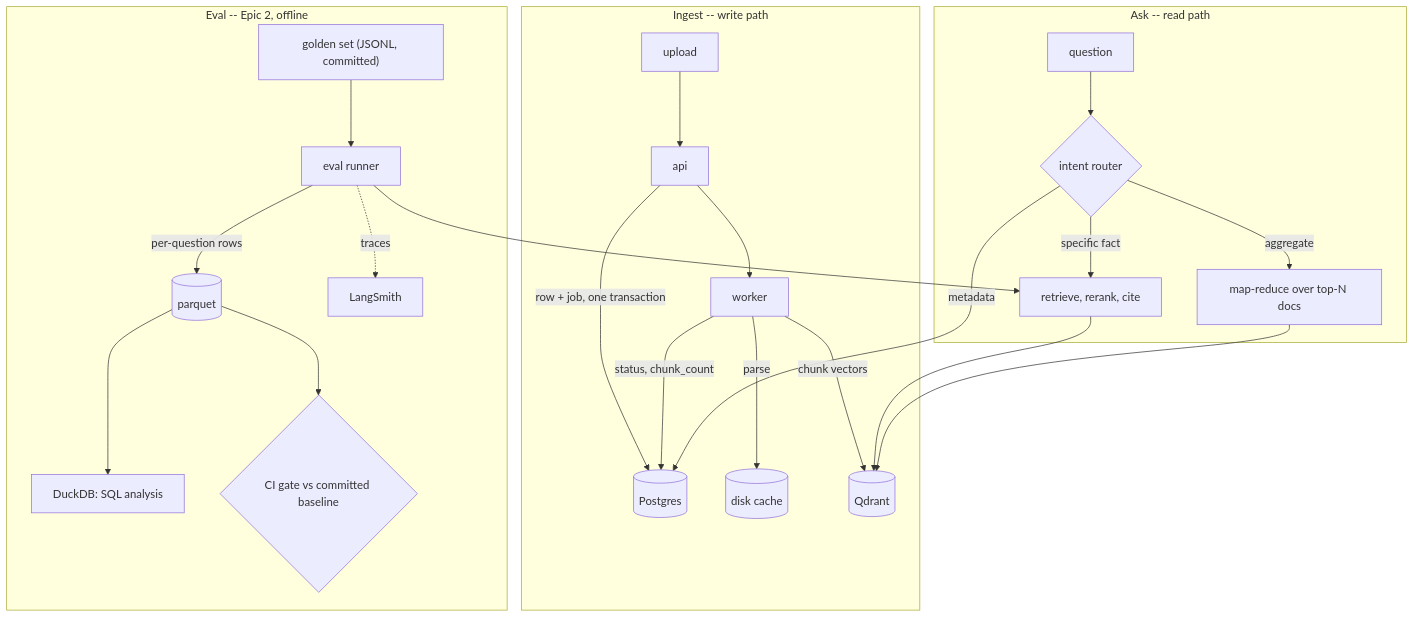
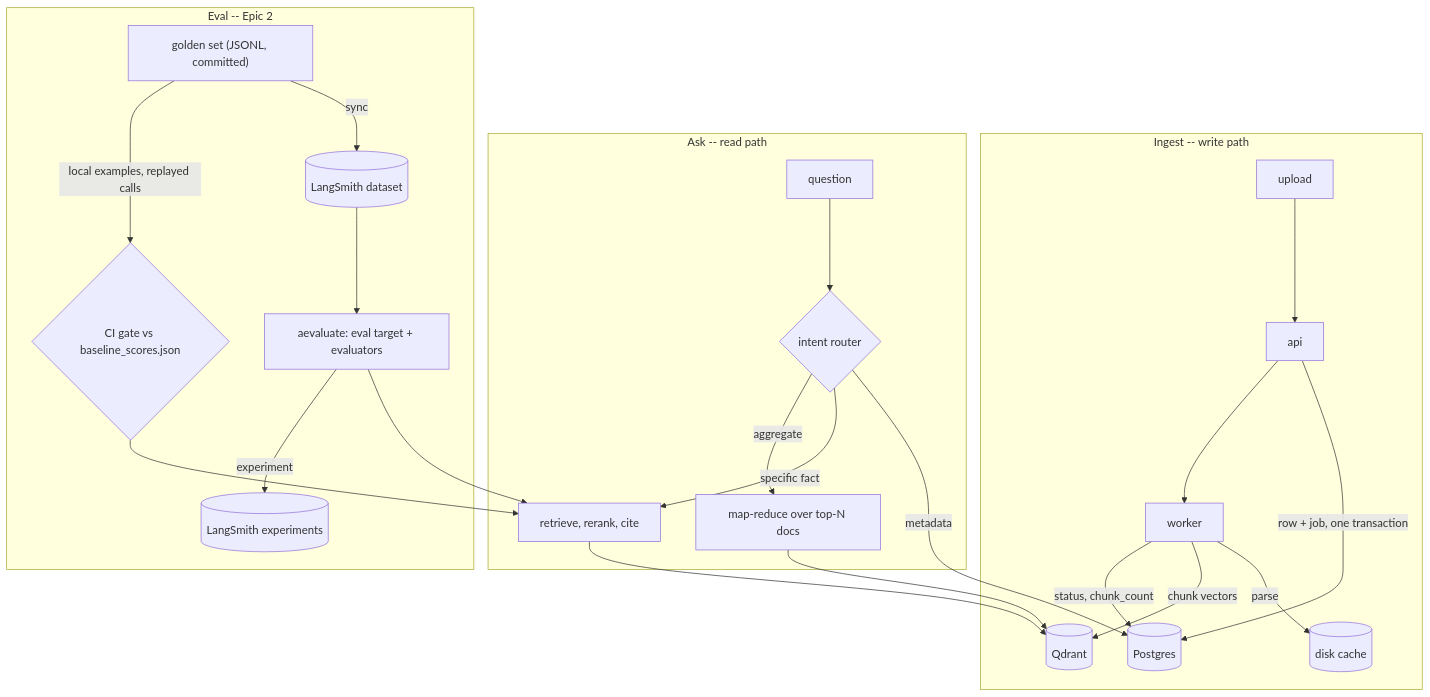
Before and after one commit to stanimirdim92/llms: the diagram in portfolio/docs/ARCHITECTURE.md, drawn with Mermaid. The commit also changed other lines of this file and 15 other files, not shown here.

````diff
--- a/portfolio/docs/ARCHITECTURE.md
+++ b/portfolio/docs/ARCHITECTURE.md
@@ -106,29 +93,29 @@
 ```mermaid
 flowchart TB
     subgraph ingest["Ingest -- write path"]
         UP["upload"] --> API["api"]
         API -->|"row + job, one transaction"| PG[("Postgres")]
         API --> W["worker"]
         W -->|"parse"| DISK[("disk cache")]
         W -->|"chunk vectors"| QD[("Qdrant")]
         W -->|"status, chunk_count"| PG
     end
 
     subgraph ask["Ask -- read path"]
         Q["question"] --> R{"intent router"}
         R -->|"metadata"| PG
         R -->|"specific fact"| RET["retrieve, rerank, cite"]
         R -->|"aggregate"| MR["map-reduce over top-N docs"]
         RET --> QD
         MR --> QD
     end
 
-    subgraph eval["Eval -- Epic 2, offline"]
-        GS["golden set (JSONL, committed)"] --> RUN["eval runner"]
+    subgraph eval["Eval -- Epic 2"]
+        GS["golden set (JSONL, committed)"] -->|"sync"| LSD[("LangSmith dataset")]
+        LSD --> RUN["aevaluate: eval target + evaluators"]
         RUN --> RET
-        RUN -->|"per-question rows"| PQ[("parquet")]
-        PQ --> DD["DuckDB: SQL analysis"]
-        PQ --> GATE{"CI gate vs committed baseline"}
-        RUN -.->|"traces"| LS["LangSmith"]
+        RUN -->|"experiment"| LSE[("LangSmith experiments")]
+        GS -->|"local examples, replayed calls"| GATE{"CI gate vs baseline_scores.json"}
+        GATE --> RET
     end
 ```
````
